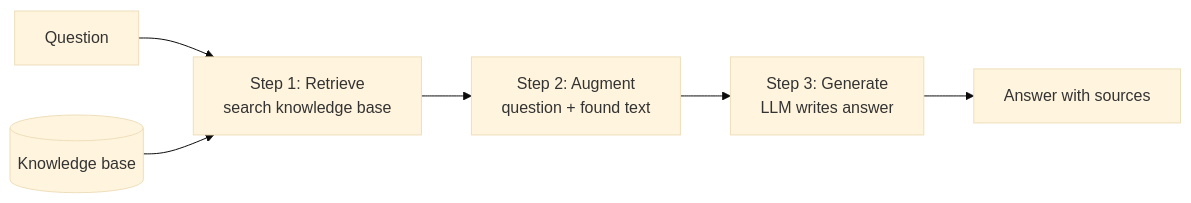
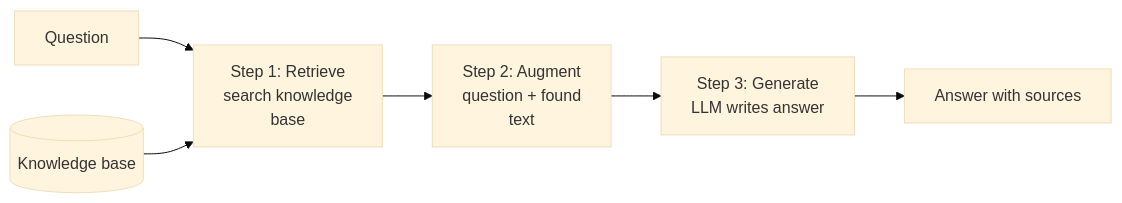
One commit to ajay-nikumbh/RAG-From-Basics-to-Production changed the first of 2 diagrams in 01. Naive RAG/notes/01. Basic Concepts/01. What is RAG.md. Above: the diagram before and after it, drawn with Mermaid (base theme). The commit also changed other lines of this file and 38 other files, not shown here.

First line of the commit message:
Group root README by pattern, widen tables, wrap diagram labels

````diff
--- a/01. Naive RAG/notes/01. Basic Concepts/01. What is RAG.md
+++ b/01. Naive RAG/notes/01. Basic Concepts/01. What is RAG.md
@@ -26,8 +26,8 @@
 ```mermaid
 flowchart LR
-    Q[Question] --> R[Step 1: Retrieve<br/>search knowledge base]
+    Q[Question] --> R[Step 1: Retrieve<br/>search knowledge<br/>base]
     KB[(Knowledge base)] --> R
-    R --> A[Step 2: Augment<br/>question + found text]
+    R --> A[Step 2: Augment<br/>question + found<br/>text]
     A --> G[Step 3: Generate<br/>LLM writes answer]
     G --> ANS[Answer with sources]
 ```
````
